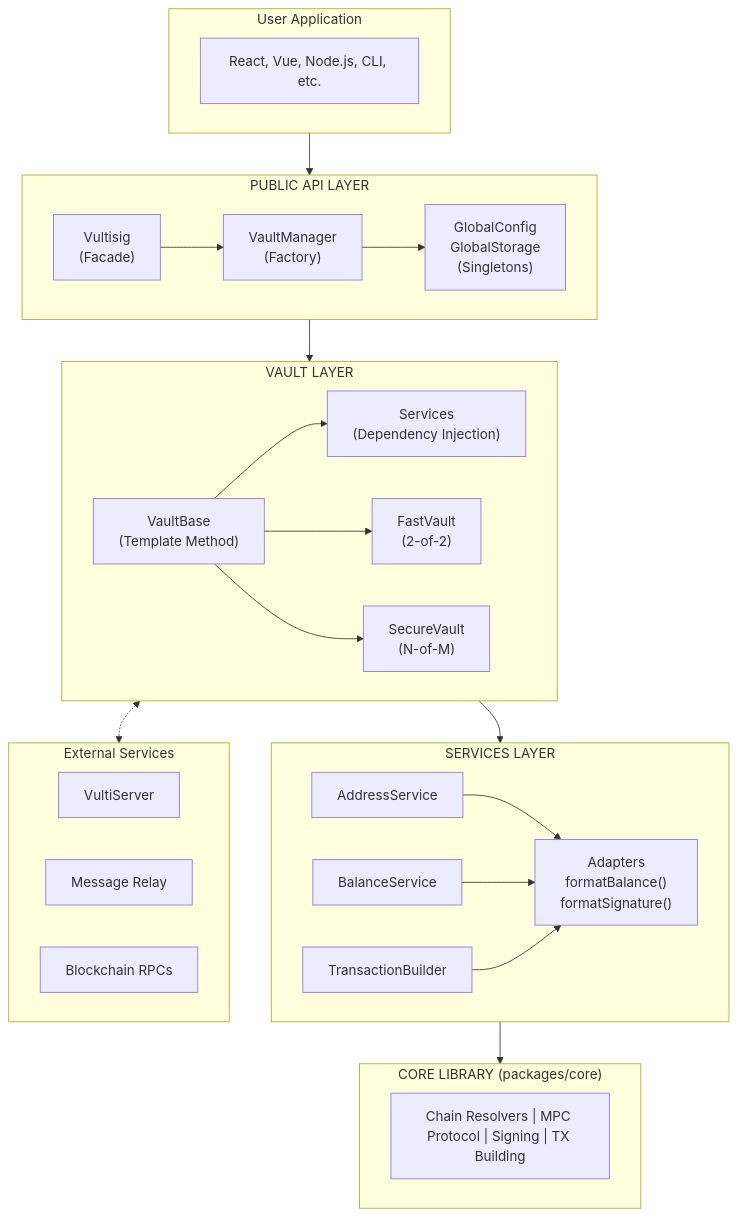
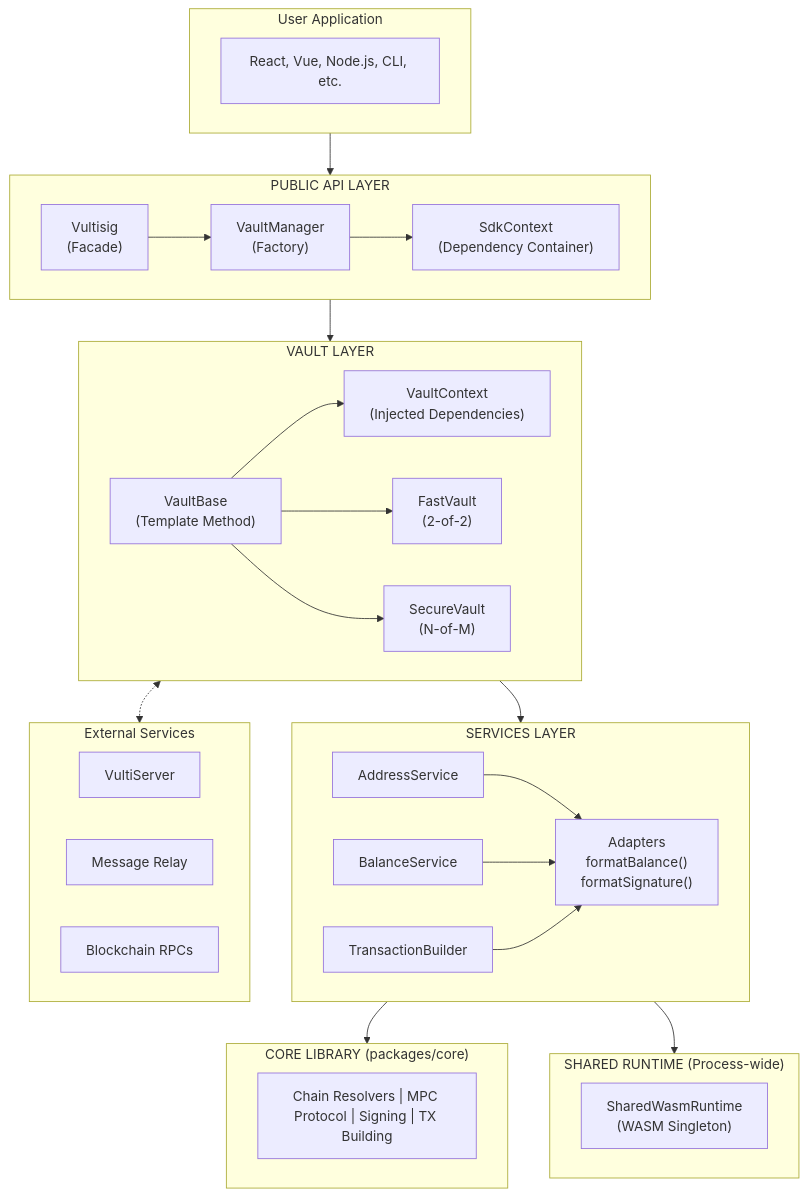
Before and after one commit to vultisig/vultisig-sdk: the diagram in docs/architecture/ARCHITECTURE.md, drawn with Mermaid. The commit also changed other lines of this file and 53 other files, not shown here.

Commit message:
fremoved  global instance, added sdkContext for scoping

````diff
--- a/docs/architecture/ARCHITECTURE.md
+++ b/docs/architecture/ARCHITECTURE.md
@@ -51,47 +51,52 @@
 ```mermaid
 flowchart TB
     subgraph App["User Application"]
         UserApp["React, Vue, Node.js, CLI, etc."]
     end
 
     subgraph PublicAPI["PUBLIC API LAYER"]
         Vultisig["Vultisig<br/>(Facade)"]
         VaultManager["VaultManager<br/>(Factory)"]
-        Globals["GlobalConfig<br/>GlobalStorage<br/>(Singletons)"]
-        Vultisig --> VaultManager --> Globals
+        SdkContext["SdkContext<br/>(Dependency Container)"]
+        Vultisig --> VaultManager --> SdkContext
     end
 
     subgraph VaultLayer["VAULT LAYER"]
         VaultBase["VaultBase<br/>(Template Method)"]
-        Services["Services<br/>(Dependency Injection)"]
+        VaultContext["VaultContext<br/>(Injected Dependencies)"]
         FastVault["FastVault<br/>(2-of-2)"]
         SecureVault["SecureVault<br/>(N-of-M)"]
-        VaultBase --> Services
+        VaultBase --> VaultContext
         VaultBase --> FastVault
         VaultBase --> SecureVault
     end
 
     subgraph ServicesLayer["SERVICES LAYER"]
         AddressService["AddressService"]
         BalanceService["BalanceService"]
         TxBuilder["TransactionBuilder"]
         Adapters["Adapters<br/>formatBalance()<br/>formatSignature()"]
         AddressService & BalanceService & TxBuilder --> Adapters
+    end
+
+    subgraph SharedRuntime["SHARED RUNTIME (Process-wide)"]
+        WasmRuntime["SharedWasmRuntime<br/>(WASM Singleton)"]
     end
 
     subgraph CoreLib["CORE LIBRARY (packages/core)"]
         Core["Chain Resolvers | MPC Protocol | Signing | TX Building"]
     end
 
     subgraph External["External Services"]
         VultiServer["VultiServer"]
         Relay["Message Relay"]
         RPCs["Blockchain RPCs"]
     end
 
     App --> PublicAPI
     PublicAPI --> VaultLayer
     VaultLayer --> ServicesLayer
     ServicesLayer --> CoreLib
+    ServicesLayer --> SharedRuntime
     VaultLayer <-.-> External
 ```
````
